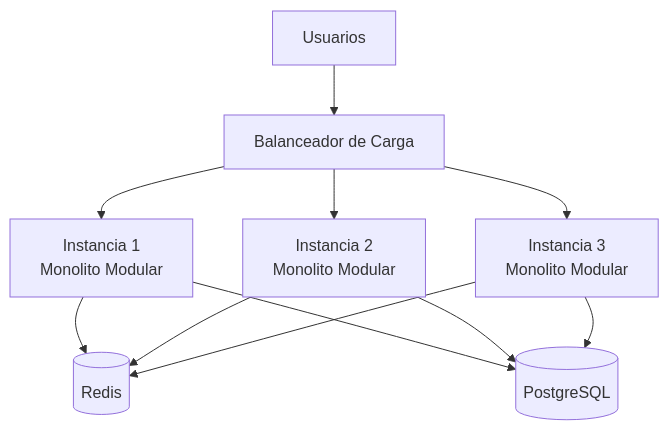
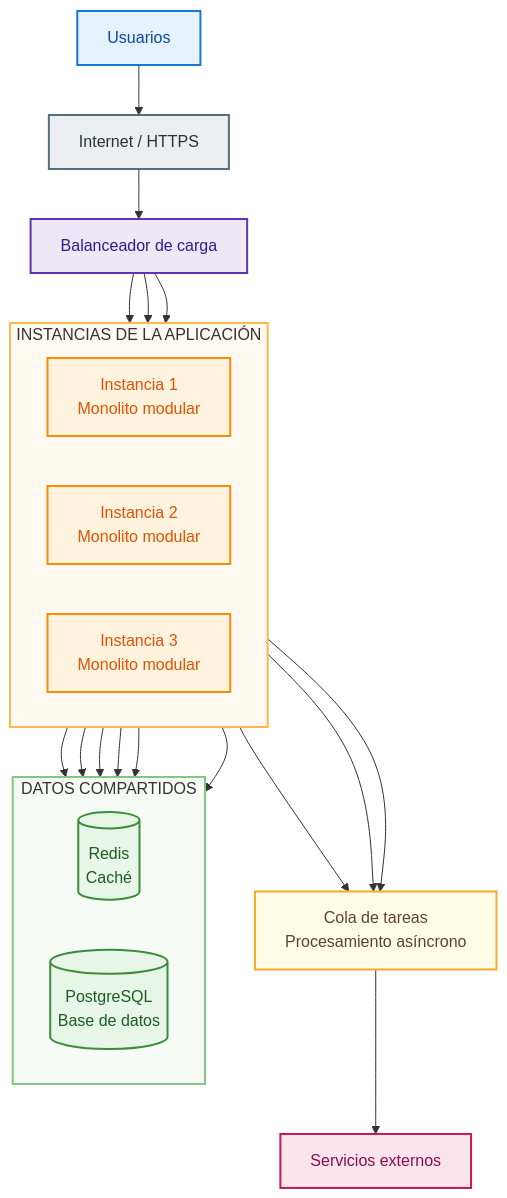
Before and after one commit to Roki-7/PlataformaServicios-Arquitectura-Anderson-Ochoa: the fourth of 8 diagrams in arquitectura/arquitectura-inicial.md, drawn with Mermaid. The commit also changed other lines of this file, not shown here.

Commit message:
docs: mejorar arquitectura y diagramas del sistema

````diff
--- a/arquitectura/arquitectura-inicial.md
+++ b/arquitectura/arquitectura-inicial.md
@@ -207,28 +415,69 @@
 ```mermaid
 flowchart TB
 
     USERS["Usuarios"]
 
-    LB["Balanceador de Carga"]
+    INTERNET["Internet / HTTPS"]
 
-    B1["Instancia 1<br/>Monolito Modular"]
-    B2["Instancia 2<br/>Monolito Modular"]
-    B3["Instancia 3<br/>Monolito Modular"]
+    LB["Balanceador de carga"]
 
-    REDIS[("Redis")]
-    DB[("PostgreSQL")]
+    subgraph BACKENDS["INSTANCIAS DE LA APLICACIÓN"]
+        direction LR
 
-    USERS --> LB
+        B1["Instancia 1<br/>Monolito modular"]
+        B2["Instancia 2<br/>Monolito modular"]
+        B3["Instancia 3<br/>Monolito modular"]
+    end
+
+    subgraph DATA["DATOS COMPARTIDOS"]
+        direction LR
+
+        REDIS[("Redis<br/>Caché")]
+        DB[("PostgreSQL<br/>Base de datos")]
+    end
+
+    COLA["Cola de tareas<br/>Procesamiento asíncrono"]
+
+    EXTERNOS["Servicios externos"]
+
+    USERS --> INTERNET
+    INTERNET --> LB
 
     LB --> B1
     LB --> B2
     LB --> B3
 
     B1 --> REDIS
     B2 --> REDIS
     B3 --> REDIS
 
     B1 --> DB
     B2 --> DB
     B3 --> DB
+
+    B1 --> COLA
+    B2 --> COLA
+    B3 --> COLA
+
+    COLA --> EXTERNOS
+
+
+    classDef users fill:#E3F2FD,stroke:#1976D2,color:#0D47A1,stroke-width:2px;
+    classDef network fill:#ECEFF1,stroke:#546E7A,color:#263238,stroke-width:2px;
+    classDef balancer fill:#EDE7F6,stroke:#5E35B1,color:#311B92,stroke-width:2px;
+    classDef backend fill:#FFF3E0,stroke:#FB8C00,color:#E65100,stroke-width:2px;
+    classDef data fill:#E8F5E9,stroke:#388E3C,color:#1B5E20,stroke-width:2px;
+    classDef async fill:#FFFDE7,stroke:#F9A825,color:#5D4037,stroke-width:2px;
+    classDef external fill:#FCE4EC,stroke:#C2185B,color:#880E4F,stroke-width:2px;
+
+    class USERS users;
+    class INTERNET network;
+    class LB balancer;
+    class B1,B2,B3 backend;
+    class REDIS,DB data;
+    class COLA async;
+    class EXTERNOS external;
+
+    style BACKENDS fill:#FFF9F2,stroke:#FFB74D,stroke-width:2px
+    style DATA fill:#F6FBF6,stroke:#81C784,stroke-width:2px
 ```
````
